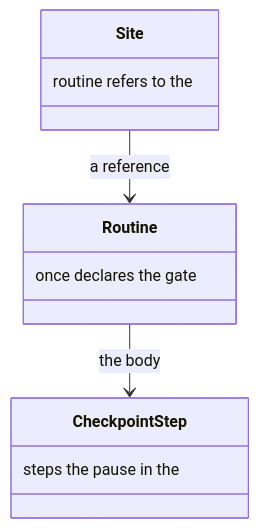
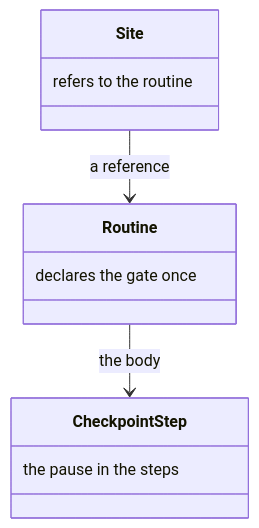
Before and after one commit to m2ux/workflow-server: diagram 16 of 22 in docs/checkpoint.md, drawn with Mermaid. The commit also changed other lines of this file and 10 other files, not shown here.

Commit message:
Write each class-box note in reading order so the diagram shows the phrase as written.

````diff
--- a/docs/checkpoint.md
+++ b/docs/checkpoint.md
@@ -388,14 +388,14 @@
 ```mermaid
 classDiagram
   class CheckpointStep {
-    steps the pause in the
+    the pause in the steps
   }
   class Routine {
-    once declares the gate
+    declares the gate once
   }
   class Site {
-    routine refers to the
+    refers to the routine
   }
   Routine --> CheckpointStep : the body
   Site --> Routine : a reference
 ```
````
